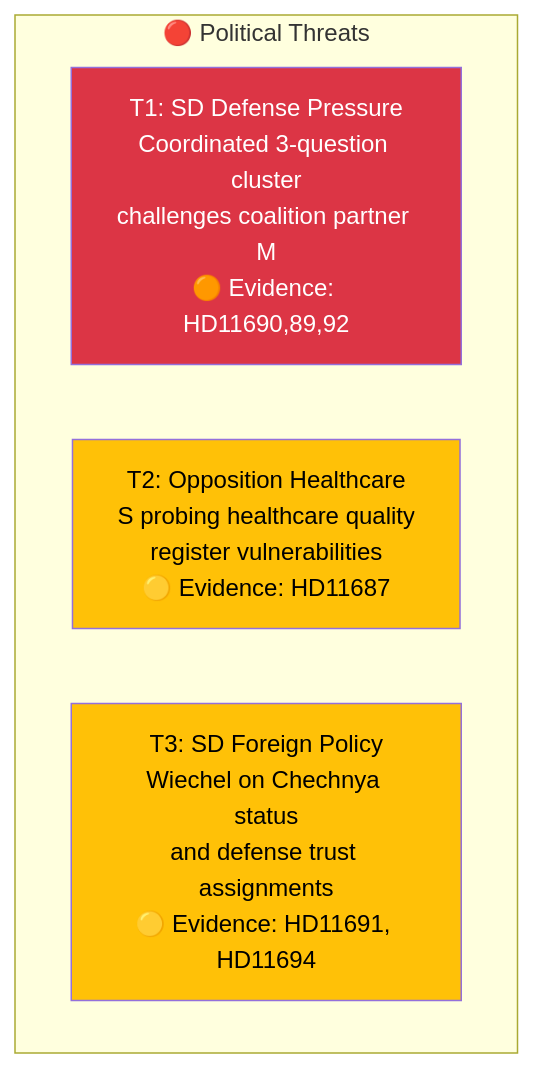
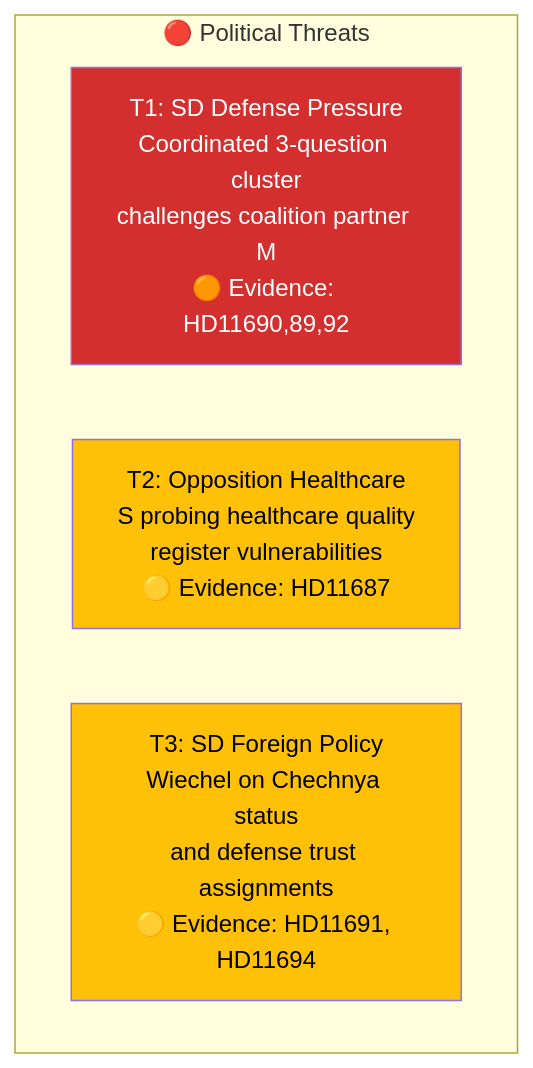
Before and after one commit to Hack23/riksdagsmonitor: the third of 4 diagrams in analysis/daily/2026-04-08/realtime-1433/swot-analysis.md, drawn with Mermaid. The commit also changed other lines of this file and 785 other files, not shown here.

First line of the commit message:
Normalize mermaid colors across 786 analysis artifacts to ISMS Style Guide palette

````diff
--- a/analysis/daily/2026-04-08/realtime-1433/swot-analysis.md
+++ b/analysis/daily/2026-04-08/realtime-1433/swot-analysis.md
@@ -77,12 +77,12 @@
 ```mermaid
 graph TD
     subgraph "🔴 Political Threats"
         T1["T1: SD Defense Pressure<br/>Coordinated 3-question cluster<br/>challenges coalition partner M<br/>🟠 Evidence: HD11690,89,92"]
         T2["T2: Opposition Healthcare<br/>S probing healthcare quality<br/>register vulnerabilities<br/>🟡 Evidence: HD11687"]
         T3["T3: SD Foreign Policy<br/>Wiechel on Chechnya status<br/>and defense trust assignments<br/>🟡 Evidence: HD11691, HD11694"]
     end
 
-    style T1 fill:#dc3545,color:#fff
-    style T2 fill:#ffc107,color:#000
-    style T3 fill:#ffc107,color:#000
+    style T1 fill:#D32F2F,color:#FFFFFF
+    style T2 fill:#FFC107,color:#000000
+    style T3 fill:#FFC107,color:#000000
 ```
````
